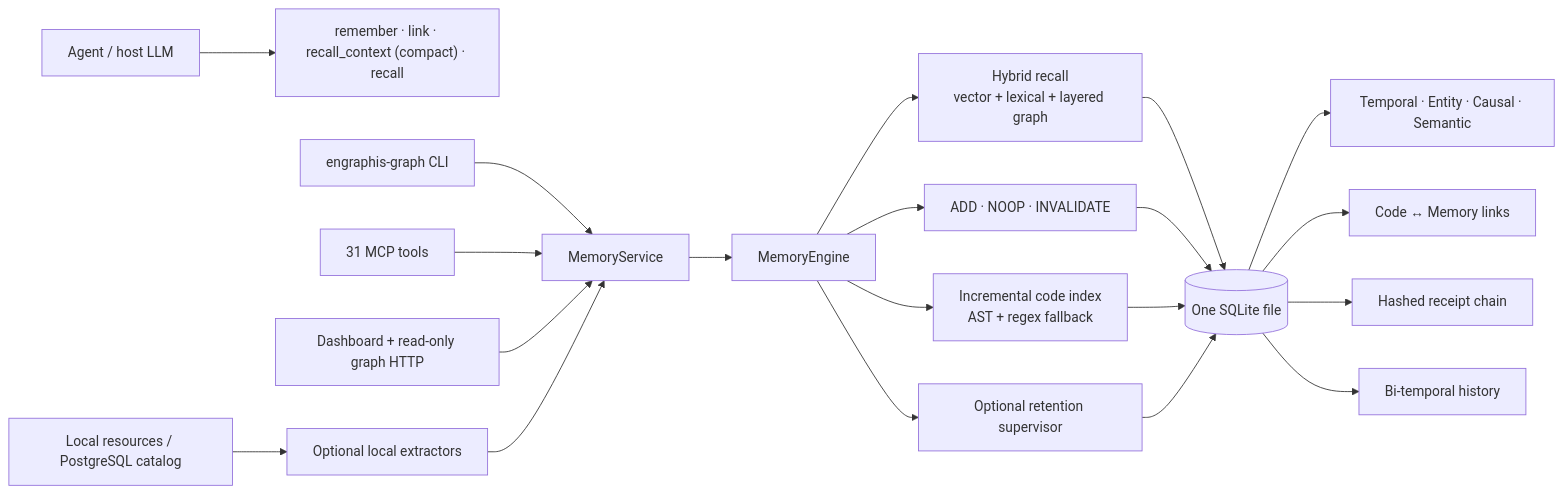
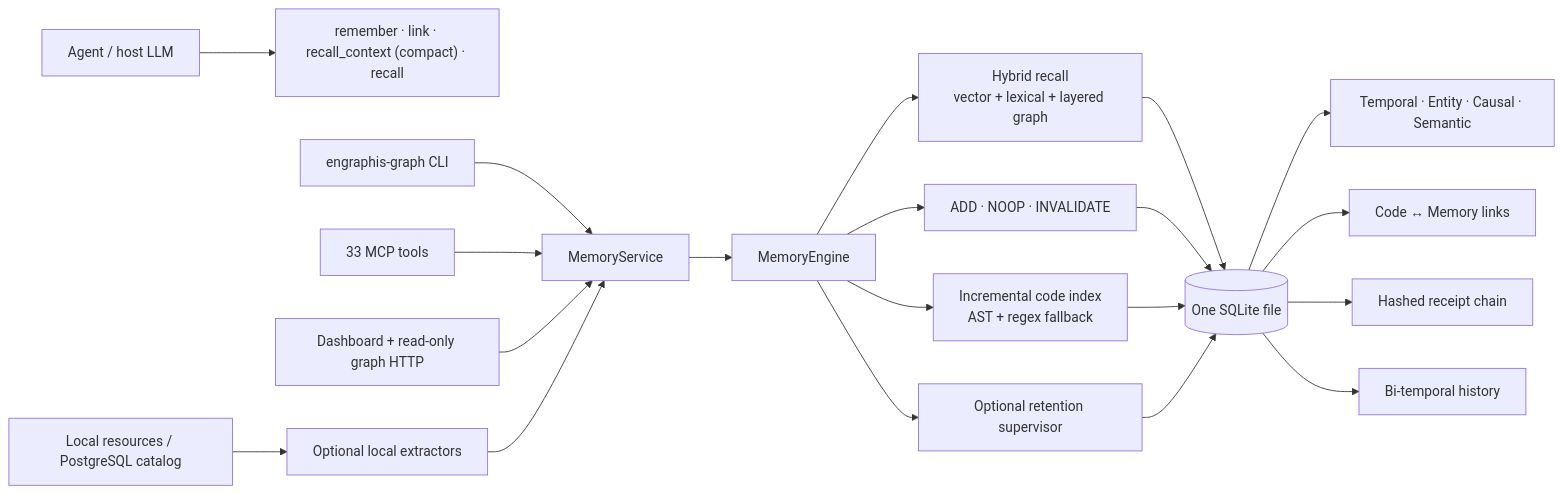
One commit to Coding-Dev-Tools/engraphis changed the diagram in docs/ARCHITECTURE_V3.md. Above: the diagram before and after it, drawn with Mermaid. The commit also changed 56 other files, not shown here.

````diff
--- a/docs/ARCHITECTURE_V3.md
+++ b/docs/ARCHITECTURE_V3.md
@@ -6,25 +6,25 @@
 ```mermaid
 flowchart LR
     Agent["Agent / host LLM"] --> Intent["remember · link · recall_context (compact) · recall"]
     CLI["engraphis-graph CLI"] --> Service["MemoryService"]
-    MCP["31 MCP tools"] --> Service
+    MCP["33 MCP tools"] --> Service
     HTTP["Dashboard + read-only graph HTTP"] --> Service
     Import["Local resources / PostgreSQL catalog"] --> Extractors["Optional local extractors"]
     Extractors --> Service
 
     Service --> Engine["MemoryEngine"]
     Engine --> Recall["Hybrid recall\nvector + lexical + layered graph"]
     Engine --> Resolver["ADD · NOOP · INVALIDATE"]
     Engine --> Code["Incremental code index\nAST + regex fallback"]
     Engine --> Retention["Optional retention supervisor"]
 
     Recall --> SQLite[("One SQLite file")]
     Resolver --> SQLite
     Code --> SQLite
     Retention --> SQLite
 
     SQLite --> Layers["Temporal · Entity · Causal · Semantic"]
     SQLite --> Bridge["Code ↔ Memory links"]
     SQLite --> Receipts["Hashed receipt chain"]
     SQLite --> History["Bi-temporal history"]
 ```
````
